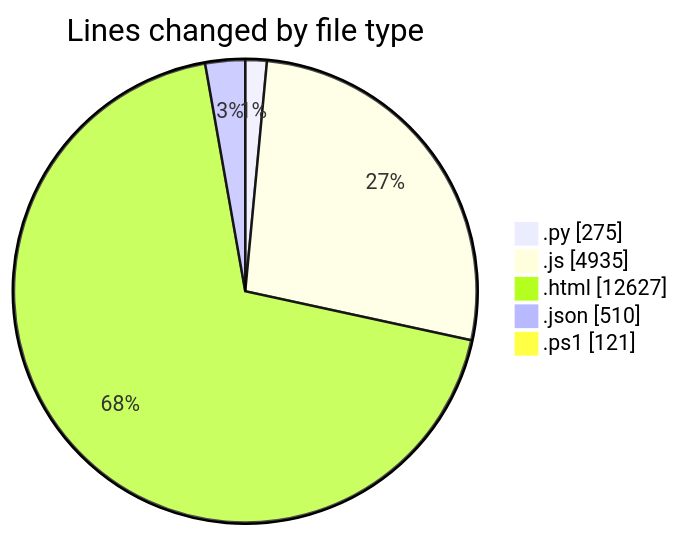
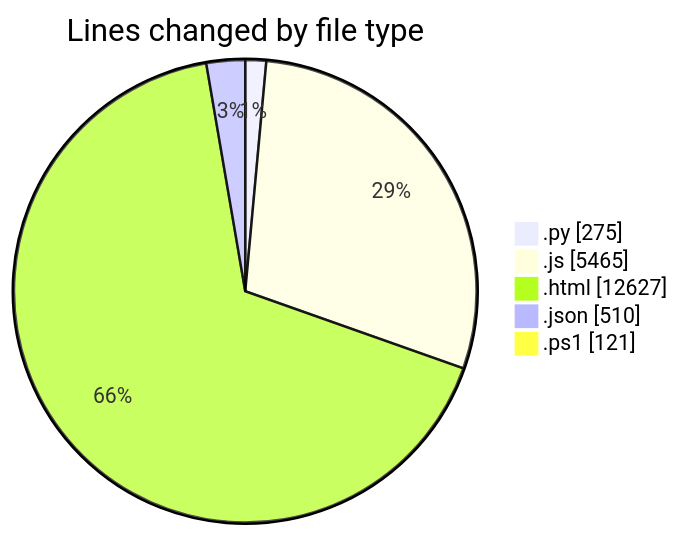
Before and after one commit to shibass792/code-tracking: the first of 2 diagrams in 2026-07-09/twenty_versions_aminor/README.md, drawn with Mermaid. The commit also changed other lines of this file and 1 other file, not shown here.

````diff
--- a/2026-07-09/twenty_versions_aminor/README.md
+++ b/2026-07-09/twenty_versions_aminor/README.md
@@ -47,9 +48,9 @@
 ```mermaid
 pie showData
 title Lines changed by file type
 ".py" : 275
-".js" : 4935
+".js" : 5465
 ".html" : 12627
 ".json" : 510
 ".ps1" : 121
 ```
````
